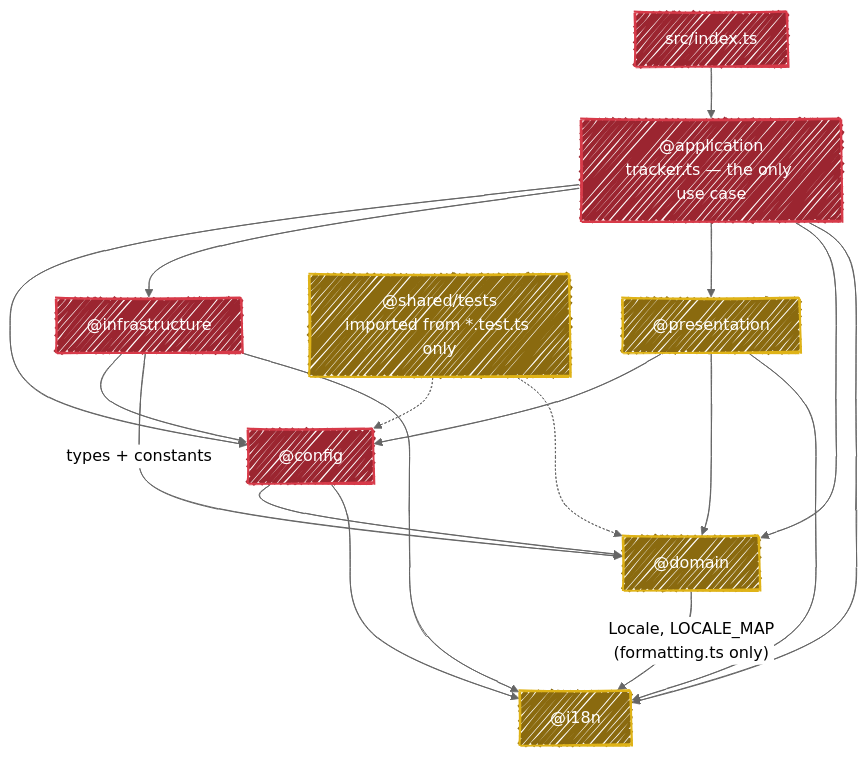
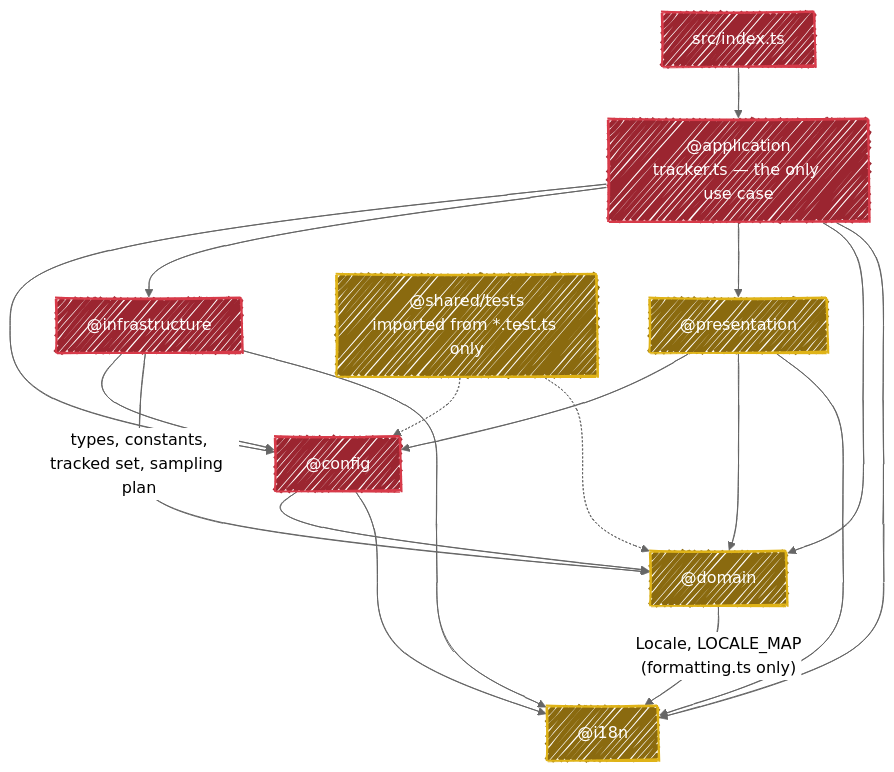
Before and after one commit to fbuireu/github-star-tracker: the diagram in ARCHITECTURE.md, drawn with Mermaid. The commit also changed other lines of this file and 111 other files, not shown here.

````diff
--- a/ARCHITECTURE.md
+++ b/ARCHITECTURE.md
@@ -15,33 +15,33 @@
 ```mermaid
 ---
 config:
   look: handDrawn
   theme: neutral
 ---
 flowchart TD
     idx["src/index.ts"] --> app["@application<br/>tracker.ts — the only use case"]
 
     app --> cfg["@config"]
     app --> infra["@infrastructure"]
     app --> pres["@presentation"]
     app --> dom["@domain"]
     app --> i18n["@i18n"]
 
     cfg --> dom
     cfg --> i18n
     pres --> cfg
     pres --> dom
     pres --> i18n
     infra --> cfg
-    infra -->|types + constants| dom
+    infra -->|types, constants,<br/>tracked set, sampling plan| dom
     infra --> i18n
     dom -->|"Locale, LOCALE_MAP<br/>(formatting.ts only)"| i18n
 
     test["@shared/tests<br/>imported from *.test.ts only"] -.-> cfg
     test -.-> dom
 
     classDef pure fill:#8a6a0f,stroke:#dfb317,stroke-width:2px,color:#fff
     classDef shell fill:#9b2530,stroke:#d73a49,stroke-width:2px,color:#fff
     class dom,pres,i18n,test pure
     class idx,app,cfg,infra shell
 ```
````
